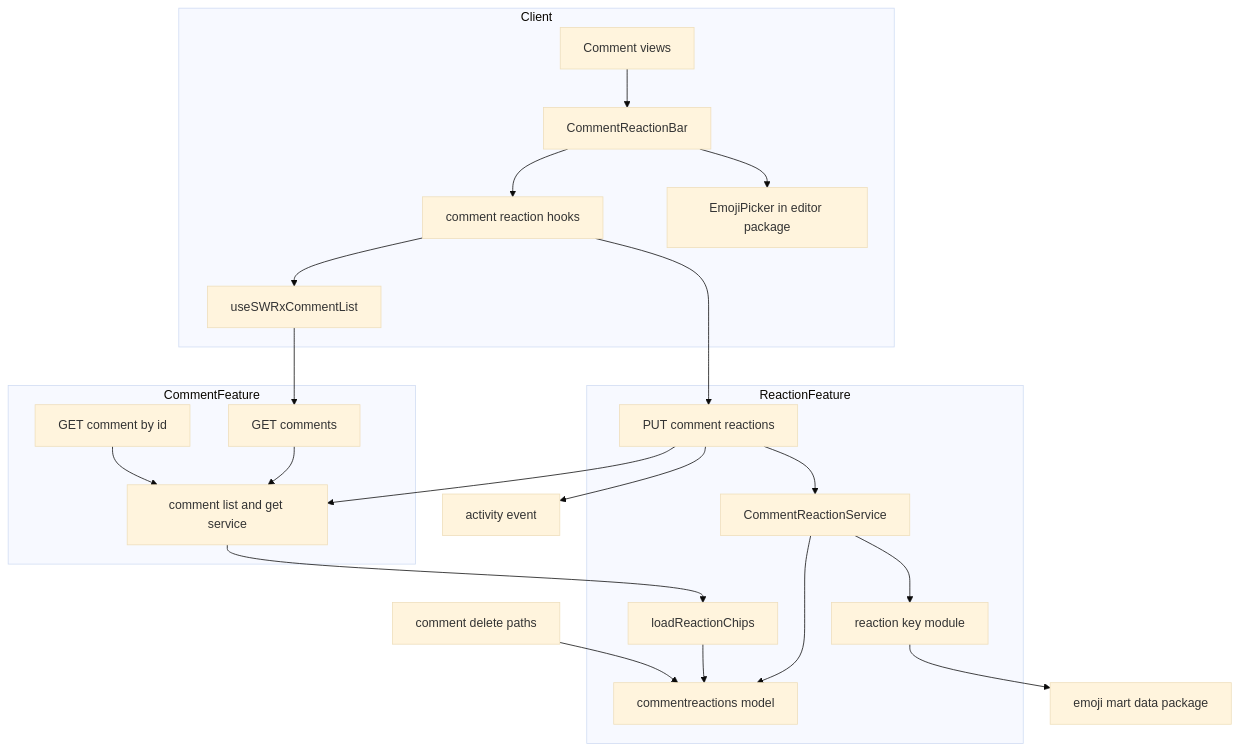
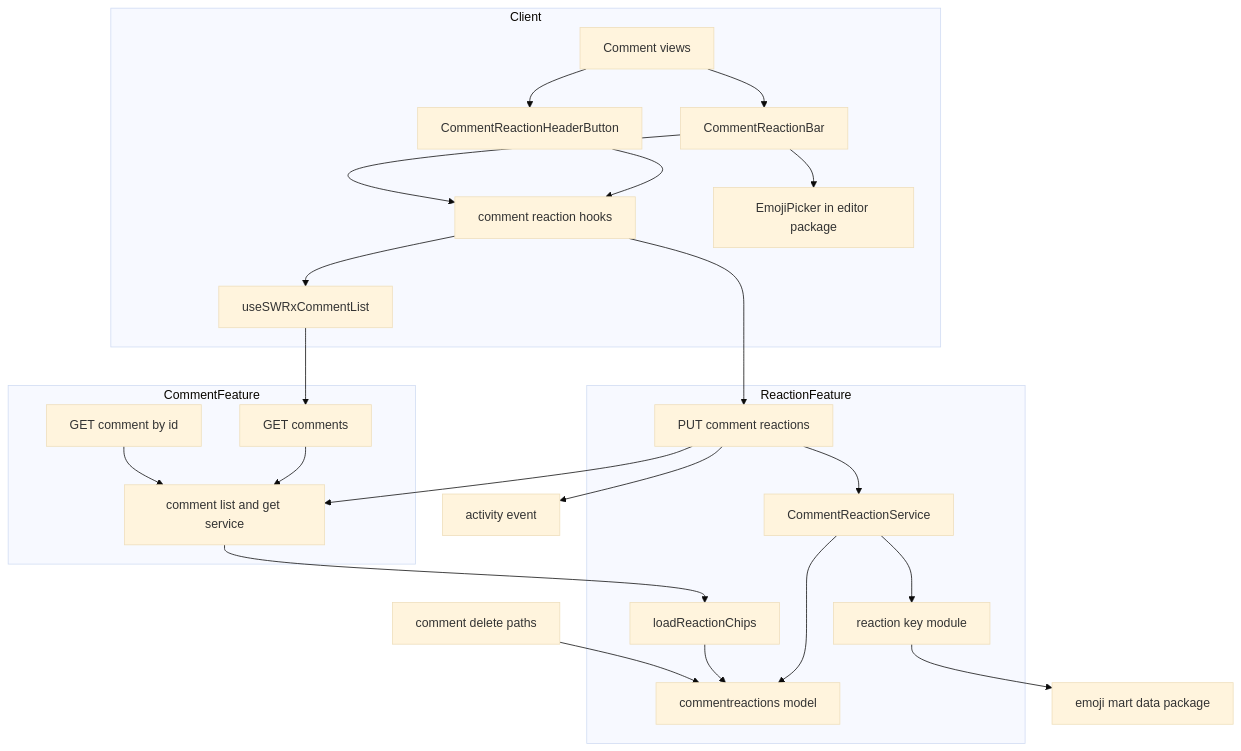
The first of 3 diagrams in .kiro/specs/comment-reactions/design.md (growilabs/growi), drawn with Mermaid (base theme) before and after one commit. The commit also changed other lines of this file and 28 other files, not shown here.

Commit message:
feat(comment-reactions): move add reaction button into the comment header

````diff
--- a/.kiro/specs/comment-reactions/design.md
+++ b/.kiro/specs/comment-reactions/design.md
@@ -113,42 +113,45 @@
 ```mermaid
 graph TB
     subgraph Client
         CommentViews[Comment views]
         ReactionBar[CommentReactionBar]
+        HeaderButton[CommentReactionHeaderButton]
         ReactionHooks[comment reaction hooks]
         CommentListStore[useSWRxCommentList]
         Picker[EmojiPicker in editor package]
     end
     subgraph CommentFeature
         ListRoute[GET comments]
         GetRoute[GET comment by id]
         CommentRead[comment list and get service]
     end
     subgraph ReactionFeature
         UpdateRoute[PUT comment reactions]
         ReactionService[CommentReactionService]
         Loader[loadReactionChips]
         ReactionKey[reaction key module]
         Model[commentreactions model]
     end
     EmojiData[emoji mart data package]
     DeletePaths[comment delete paths]
     Activity[activity event]
     CommentViews --> ReactionBar
+    CommentViews --> HeaderButton
+    HeaderButton --> ReactionHooks
     ReactionBar --> ReactionHooks
     ReactionBar --> Picker
     ReactionHooks --> CommentListStore
     ReactionHooks --> UpdateRoute
     CommentListStore --> ListRoute
     ListRoute --> CommentRead
     GetRoute --> CommentRead
     CommentRead --> Loader
     UpdateRoute --> ReactionService
     UpdateRoute --> CommentRead
     UpdateRoute --> Activity
     ReactionService --> ReactionKey
     ReactionService --> Model
     Loader --> Model
     ReactionKey --> EmojiData
     DeletePaths --> Model
 ```
````
